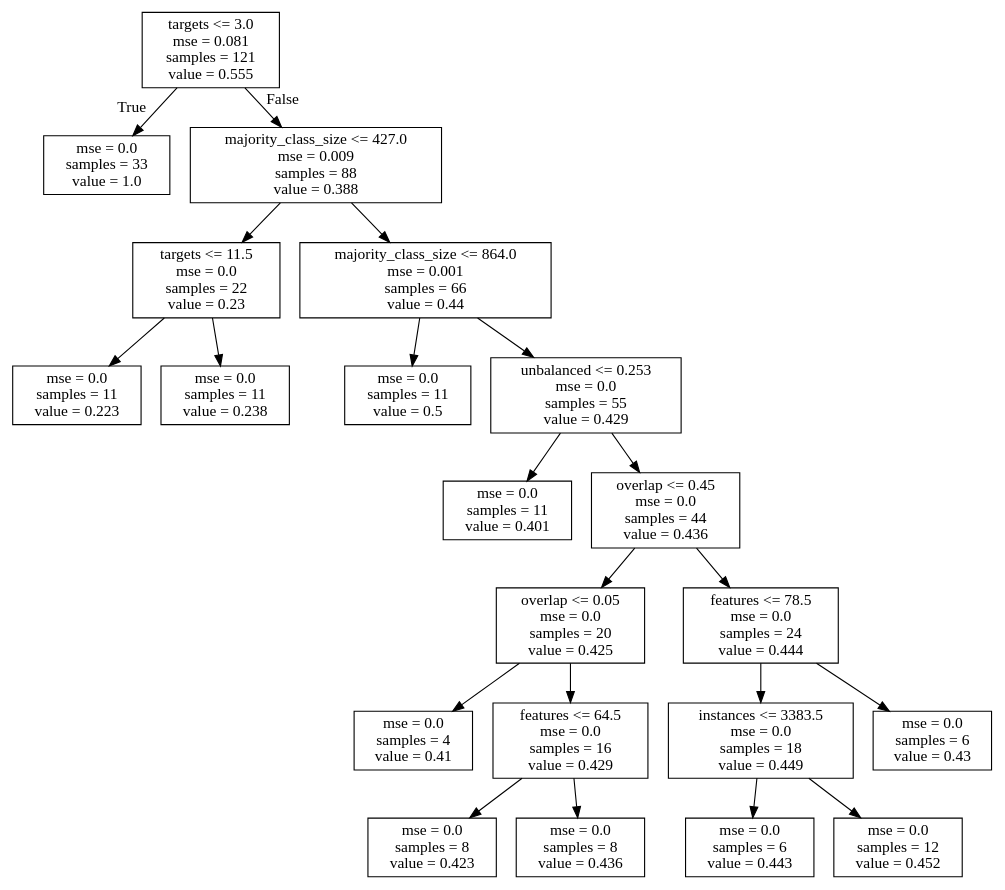
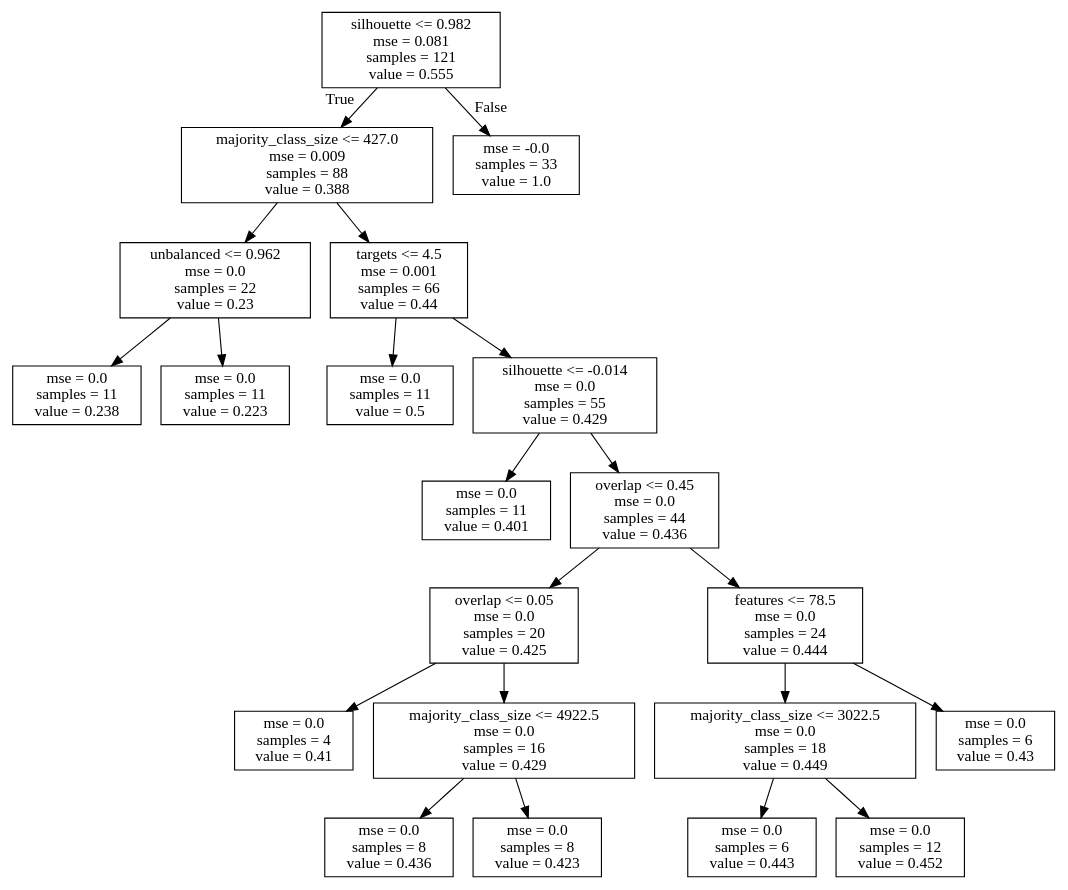
One commit to rsboos/DistributedClassifier changed the diagram in analysis/learning/regression/results/trees/arb_md_svc_f1_scores.dot. Above: the diagram before and after it, drawn with Graphviz. The commit also changed 68 other files, not shown here.

```diff
--- a/analysis/learning/regression/results/trees/arb_md_svc_f1_scores.dot
+++ b/analysis/learning/regression/results/trees/arb_md_svc_f1_scores.dot
@@ -1,44 +1,44 @@
 digraph Tree {
 node [shape=box] ;
-0 [label="targets <= 3.0\nmse = 0.081\nsamples = 121\nvalue = 0.555"] ;
-1 [label="mse = 0.0\nsamples = 33\nvalue = 1.0"] ;
+0 [label="silhouette <= 0.982\nmse = 0.081\nsamples = 121\nvalue = 0.555"] ;
+1 [label="majority_class_size <= 427.0\nmse = 0.009\nsamples = 88\nvalue = 0.388"] ;
 0 -> 1 [labeldistance=2.5, labelangle=45, headlabel="True"] ;
-2 [label="majority_class_size <= 427.0\nmse = 0.009\nsamples = 88\nvalue = 0.388"] ;
-0 -> 2 [labeldistance=2.5, labelangle=-45, headlabel="False"] ;
-3 [label="targets <= 11.5\nmse = 0.0\nsamples = 22\nvalue = 0.23"] ;
+2 [label="unbalanced <= 0.962\nmse = 0.0\nsamples = 22\nvalue = 0.23"] ;
+1 -> 2 ;
+3 [label="mse = 0.0\nsamples = 11\nvalue = 0.238"] ;
 2 -> 3 ;
 4 [label="mse = 0.0\nsamples = 11\nvalue = 0.223"] ;
-3 -> 4 ;
-5 [label="mse = 0.0\nsamples = 11\nvalue = 0.238"] ;
-3 -> 5 ;
-6 [label="majority_class_size <= 864.0\nmse = 0.001\nsamples = 66\nvalue = 0.44"] ;
-2 -> 6 ;
-7 [label="mse = 0.0\nsamples = 11\nvalue = 0.5"] ;
-6 -> 7 ;
-8 [label="unbalanced <= 0.253\nmse = 0.0\nsamples = 55\nvalue = 0.429"] ;
-6 -> 8 ;
-9 [label="mse = 0.0\nsamples = 11\nvalue = 0.401"] ;
-8 -> 9 ;
-10 [label="overlap <= 0.45\nmse = 0.0\nsamples = 44\nvalue = 0.436"] ;
-8 -> 10 ;
-11 [label="overlap <= 0.05\nmse = 0.0\nsamples = 20\nvalue = 0.425"] ;
+2 -> 4 ;
+5 [label="targets <= 4.5\nmse = 0.001\nsamples = 66\nvalue = 0.44"] ;
+1 -> 5 ;
+6 [label="mse = 0.0\nsamples = 11\nvalue = 0.5"] ;
+5 -> 6 ;
+7 [label="silhouette <= -0.014\nmse = 0.0\nsamples = 55\nvalue = 0.429"] ;
+5 -> 7 ;
+8 [label="mse = 0.0\nsamples = 11\nvalue = 0.401"] ;
+7 -> 8 ;
+9 [label="overlap <= 0.45\nmse = 0.0\nsamples = 44\nvalue = 0.436"] ;
+7 -> 9 ;
+10 [label="overlap <= 0.05\nmse = 0.0\nsamples = 20\nvalue = 0.425"] ;
+9 -> 10 ;
+11 [label="mse = 0.0\nsamples = 4\nvalue = 0.41"] ;
 10 -> 11 ;
-12 [label="mse = 0.0\nsamples = 4\nvalue = 0.41"] ;
-11 -> 12 ;
-13 [label="features <= 64.5\nmse = 0.0\nsamples = 16\nvalue = 0.429"] ;
-11 -> 13 ;
+12 [label="majority_class_size <= 4922.5\nmse = 0.0\nsamples = 16\nvalue = 0.429"] ;
+10 -> 12 ;
+13 [label="mse = 0.0\nsamples = 8\nvalue = 0.436"] ;
+12 -> 13 ;
 14 [label="mse = 0.0\nsamples = 8\nvalue = 0.423"] ;
-13 -> 14 ;
-15 [label="mse = 0.0\nsamples = 8\nvalue = 0.436"] ;
-13 -> 15 ;
-16 [label="features <= 78.5\nmse = 0.0\nsamples = 24\nvalue = 0.444"] ;
-10 -> 16 ;
-17 [label="instances <= 3383.5\nmse = 0.0\nsamples = 18\nvalue = 0.449"] ;
+12 -> 14 ;
+15 [label="features <= 78.5\nmse = 0.0\nsamples = 24\nvalue = 0.444"] ;
+9 -> 15 ;
+16 [label="majority_class_size <= 3022.5\nmse = 0.0\nsamples = 18\nvalue = 0.449"] ;
+15 -> 16 ;
+17 [label="mse = 0.0\nsamples = 6\nvalue = 0.443"] ;
 16 -> 17 ;
-18 [label="mse = 0.0\nsamples = 6\nvalue = 0.443"] ;
-17 -> 18 ;
-19 [label="mse = 0.0\nsamples = 12\nvalue = 0.452"] ;
-17 -> 19 ;
-20 [label="mse = 0.0\nsamples = 6\nvalue = 0.43"] ;
-16 -> 20 ;
+18 [label="mse = 0.0\nsamples = 12\nvalue = 0.452"] ;
+16 -> 18 ;
+19 [label="mse = 0.0\nsamples = 6\nvalue = 0.43"] ;
+15 -> 19 ;
+20 [label="mse = -0.0\nsamples = 33\nvalue = 1.0"] ;
+0 -> 20 [labeldistance=2.5, labelangle=-45, headlabel="False"] ;
 }
```
